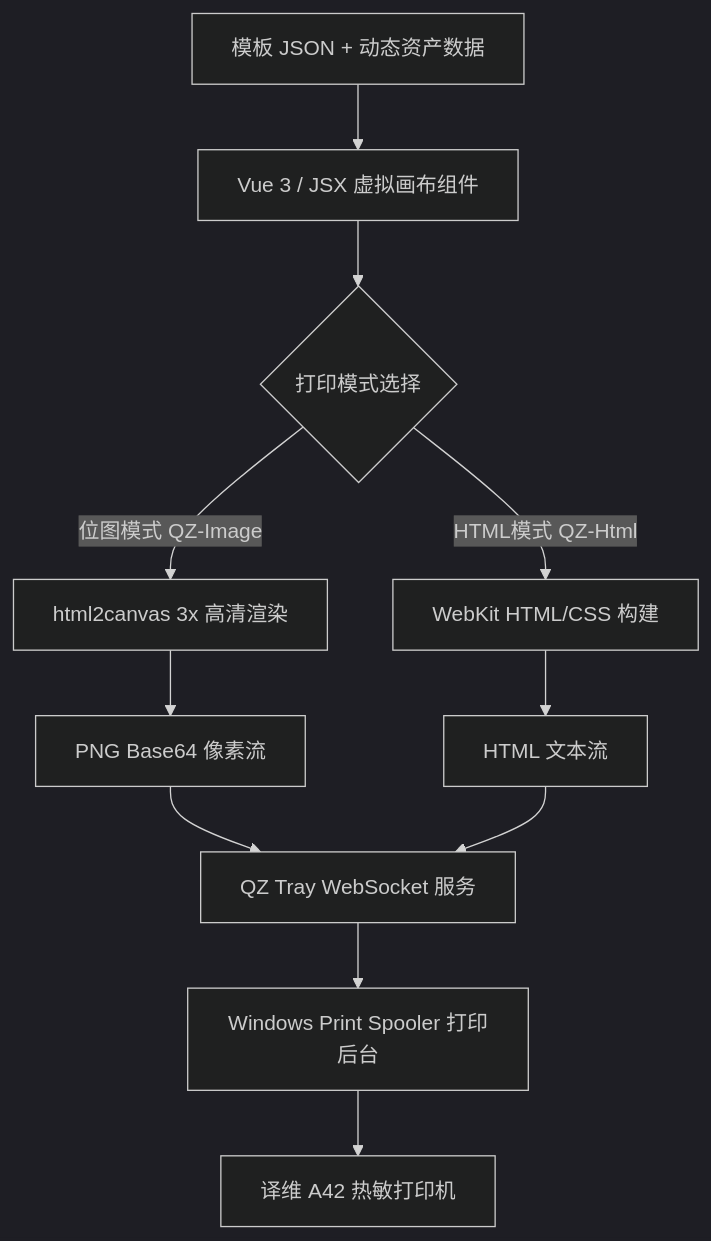
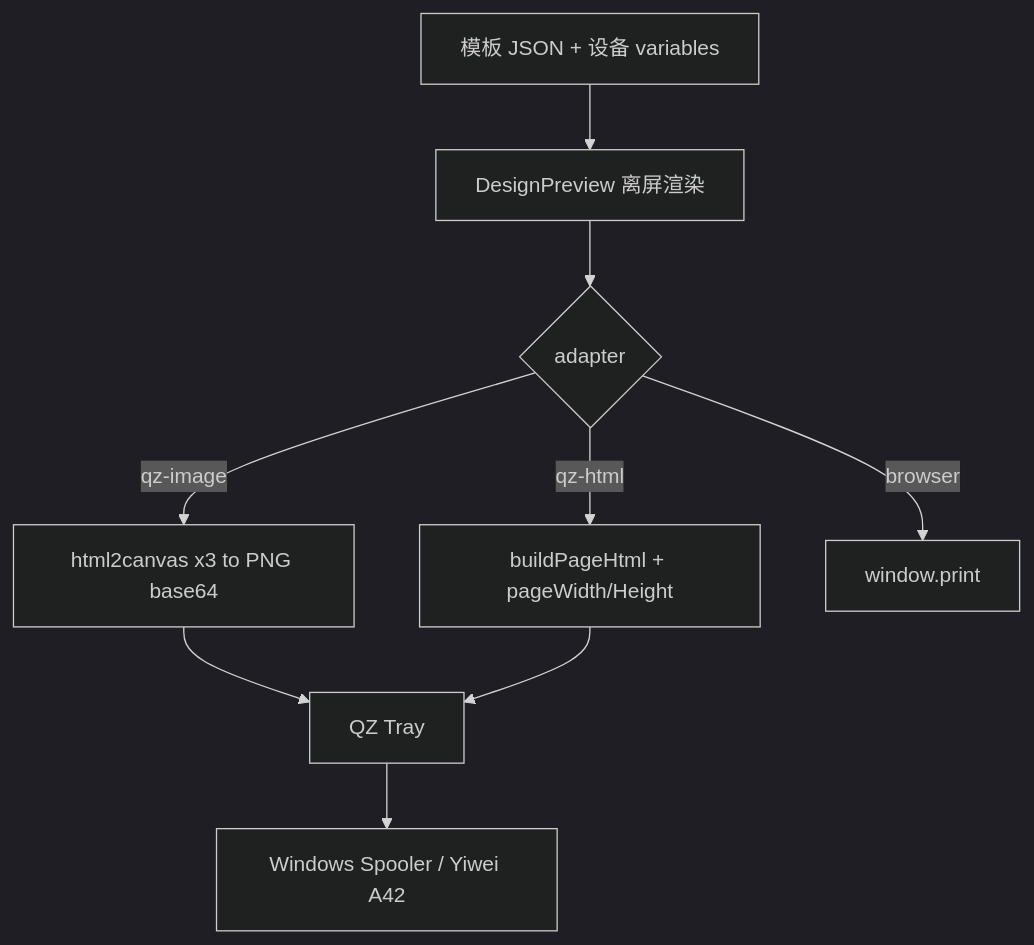
Before and after one commit to kuma0605/label-designer-vue: the diagram in docs/04_yiwei-a42-qz-tray-bitmap-print-guide.md, drawn with Mermaid (dark theme). The commit also changed other lines of this file and 2 other files, not shown here.

Commit message:
docs: revise printing guide for Yiwei A42, enhancing clarity on architecture, data flow, and troubleshooting tips for QZ Tray integration

````diff
--- a/docs/04_yiwei-a42-qz-tray-bitmap-print-guide.md
+++ b/docs/04_yiwei-a42-qz-tray-bitmap-print-guide.md
@@ -22,13 +28,11 @@
 ```mermaid
 flowchart TD
-    A[模板 JSON + 动态资产数据] --> B[Vue 3 / JSX 虚拟画布组件]
-    B --> C{打印模式选择}
-    C -->|位图模式 QZ-Image| D[html2canvas 3x 高清渲染]
-    C -->|HTML模式 QZ-Html| E[WebKit HTML/CSS 构建]
-    D --> F[PNG Base64 像素流]
-    E --> G[HTML 文本流]
-    F --> H[QZ Tray WebSocket 服务]
-    G --> H
-    H --> I[Windows Print Spooler 打印后台]
-    I --> J[译维 A42 热敏打印机]
+  A["模板 JSON + 设备 variables"] --> B["DesignPreview 离屏渲染"]
+  B --> C{adapter}
+  C -->|qz-image| D["html2canvas x3 to PNG base64"]
+  C -->|qz-html| E["buildPageHtml + pageWidth/Height"]
+  C -->|browser| F["window.print"]
+  D --> G["QZ Tray"]
+  E --> G
+  G --> H["Windows Spooler / Yiwei A42"]
 ```
````
